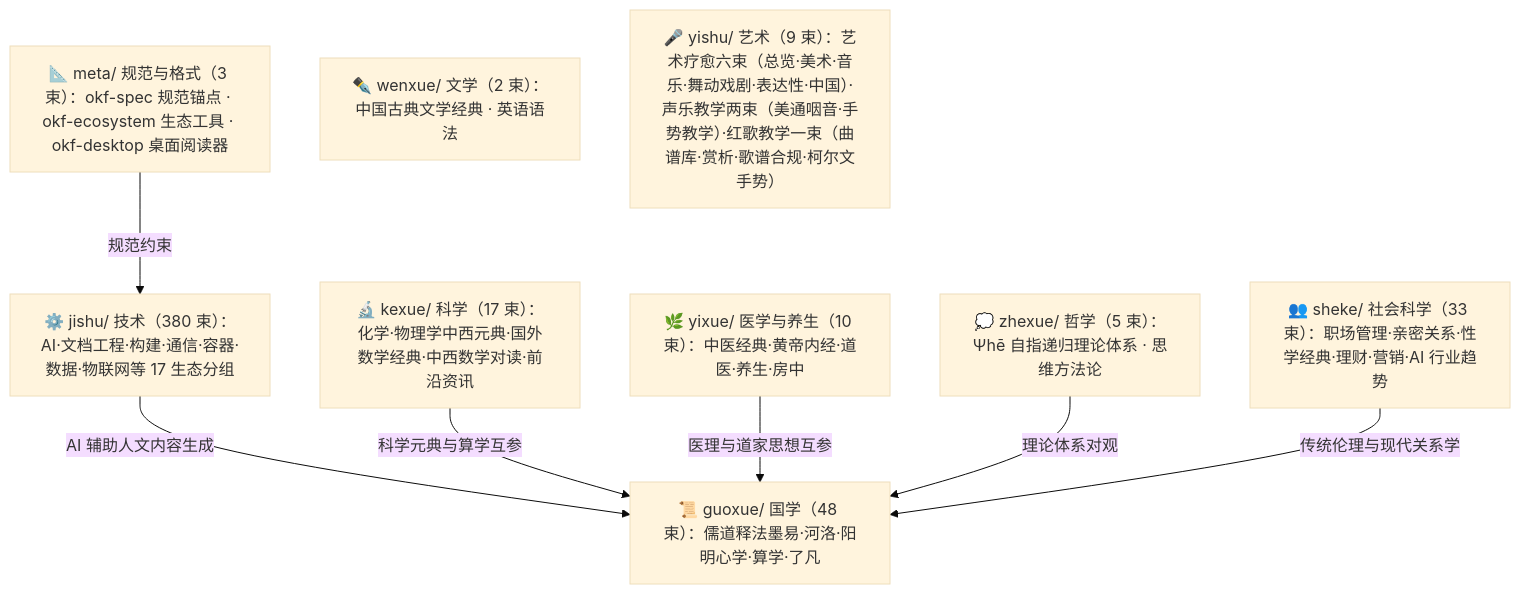
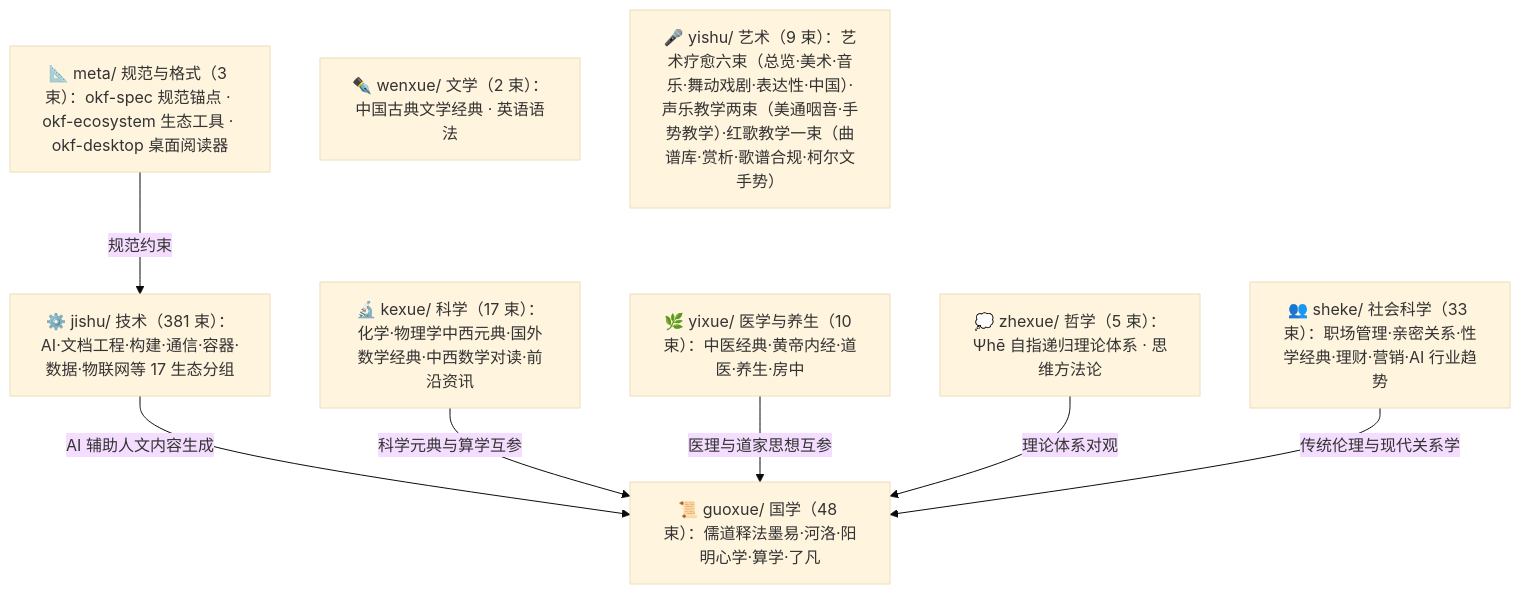
The diagram in doc/bundles/index.md (awesome-flexloop/awesome-okf), drawn with Mermaid (base theme) before and after one commit. The commit also changed other lines of this file, not shown here.

Commit message:
fix(okf): 修正 bundles 总索引计数面至门控树真值（508束/58组，国学48、了凡2、jishu381、ai172）

````diff
--- a/doc/bundles/index.md
+++ b/doc/bundles/index.md
@@ -21,18 +21,18 @@
 ```mermaid
 flowchart TD
     meta["📐 meta/ 规范与格式（3 束）：okf-spec 规范锚点 · okf-ecosystem 生态工具 · okf-desktop 桌面阅读器"]
     guoxue["📜 guoxue/ 国学（48 束）：儒道释法墨易·河洛·阳明心学·算学·了凡"]
     zhexue["💭 zhexue/ 哲学（5 束）：Ψhē 自指递归理论体系 · 思维方法论"]
     kexue["🔬 kexue/ 科学（17 束）：化学·物理学中西元典·国外数学经典·中西数学对读·前沿资讯"]
     wenxue["✒️ wenxue/ 文学（2 束）：中国古典文学经典 · 英语语法"]
     yixue["🌿 yixue/ 医学与养生（10 束）：中医经典·黄帝内经·道医·养生·房中"]
     sheke["👥 sheke/ 社会科学（33 束）：职场管理·亲密关系·性学经典·理财·营销·AI 行业趋势"]
     yishu["🎤 yishu/ 艺术（9 束）：艺术疗愈六束（总览·美术·音乐·舞动戏剧·表达性·中国）·声乐教学两束（美通咽音·手势教学）·红歌教学一束（曲谱库·赏析·歌谱合规·柯尔文手势）"]
-    jishu["⚙️ jishu/ 技术（380 束）：AI·文档工程·构建·通信·容器·数据·物联网等 17 生态分组"]
+    jishu["⚙️ jishu/ 技术（381 束）：AI·文档工程·构建·通信·容器·数据·物联网等 17 生态分组"]
     meta -->|"规范约束"| jishu
     jishu -->|"AI 辅助人文内容生成"| guoxue
     kexue -->|"科学元典与算学互参"| guoxue
     yixue -->|"医理与道家思想互参"| guoxue
     zhexue -->|"理论体系对观"| guoxue
     sheke -->|"传统伦理与现代关系学"| guoxue
 ```
````
